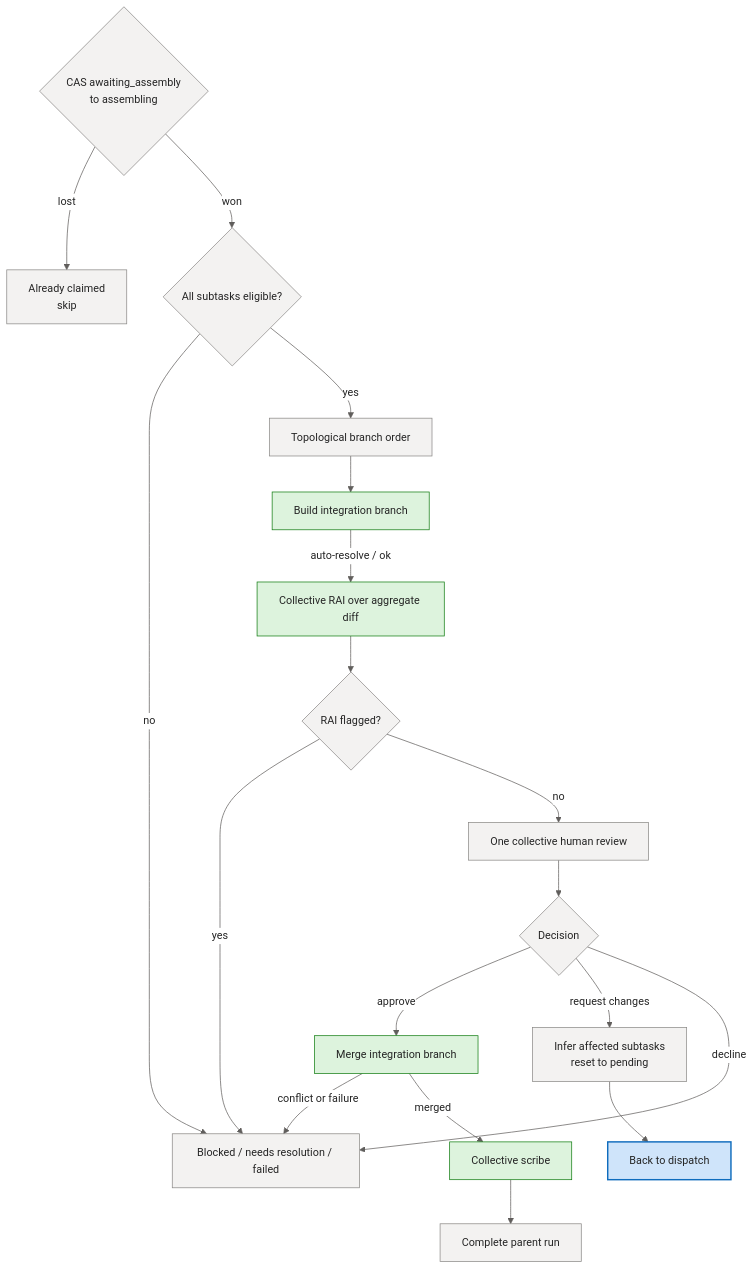
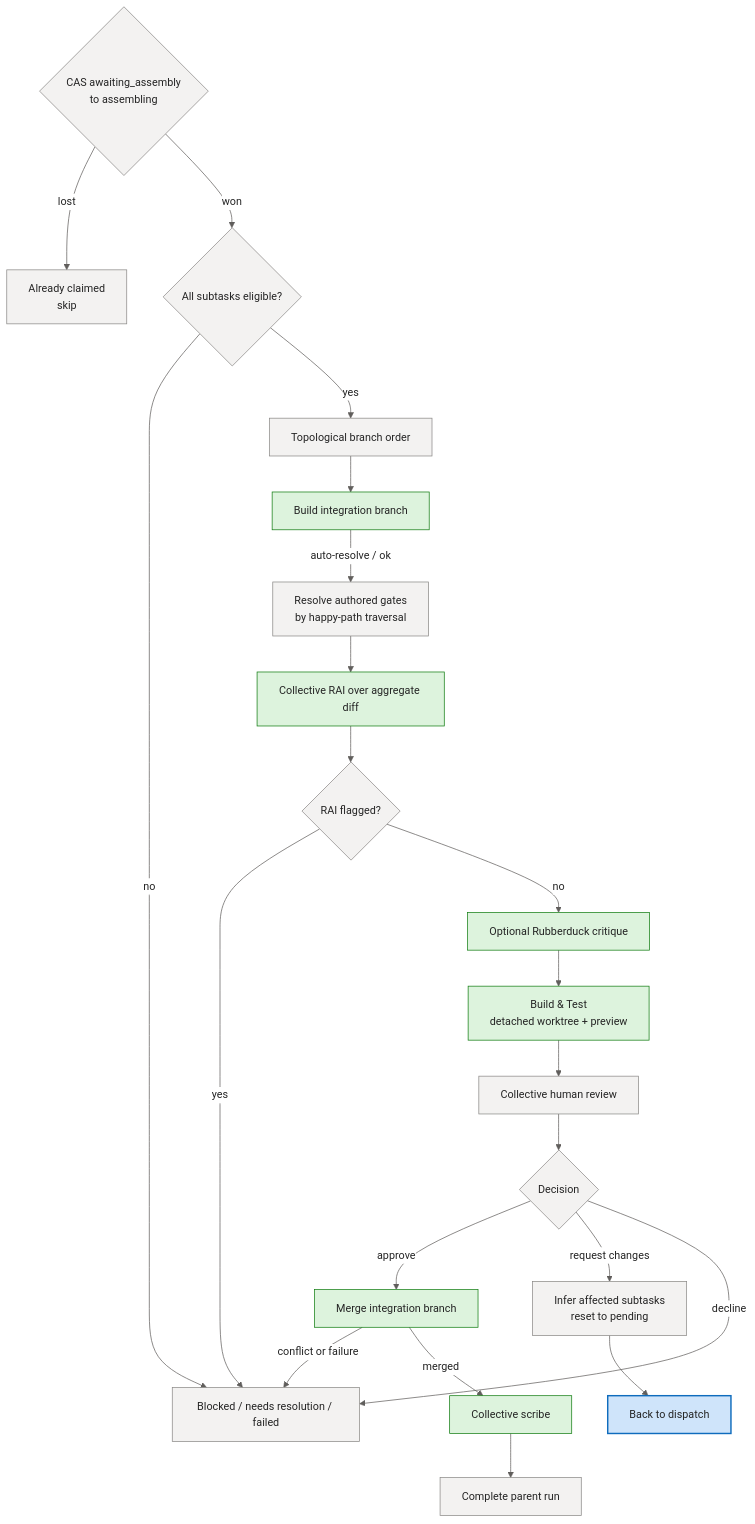
One commit to sabbour/agentweaver changed the fifth of 5 diagrams in docs/deep-dive/coordinator-internals.md. Above: the diagram before and after it, drawn with Mermaid. The commit also changed other lines of this file and 25 other files, not shown here.

First line of the commit message:
fix(preview-path): git in API image, RAI-before-BuildTest gate ordering, run-tree review/preview UX

````diff
--- a/docs/deep-dive/coordinator-internals.md
+++ b/docs/deep-dive/coordinator-internals.md
@@ -436,44 +436,49 @@
 ```mermaid
 %%{init: {'theme':'base','themeVariables':{'fontFamily':'Segoe UI, system-ui, -apple-system, sans-serif','fontSize':'15px','primaryColor':'#E8EEF9','primaryBorderColor':'#0F6CBD','primaryTextColor':'#242424','lineColor':'#605E5C','clusterBkg':'#FAF9F8','clusterBorder':'#D2D0CE','edgeLabelBackground':'#FFFFFF'}}}%%
 flowchart TD
     Claim{CAS awaiting_assembly<br/>to assembling}
     Eligible{All subtasks eligible?}
     Order[Topological branch order]
     Integration[Build integration branch]
+    GateOrder[Resolve authored gates
+by happy-path traversal]
     Rai[Collective RAI over aggregate diff]
     RaiFlag{RAI flagged?}
-    Review[One collective human review]
+    Rubberduck[Optional Rubberduck critique]
+    BuildTest[Build & Test
+detached worktree + preview]
+    Review[Collective human review]
     Decision{Decision}
     Merge[Merge integration branch]
     Scribe[Collective scribe]
     Complete[Complete parent run]
     RequestChanges[Infer affected subtasks<br/>reset to pending]
     AlreadyClaimed[Already claimed<br/>skip]
     Blocked[Blocked / needs resolution / failed]
 
     Claim -- lost --> AlreadyClaimed
     Claim -- won --> Eligible
     Eligible -- no --> Blocked
     Eligible -- yes --> Order --> Integration
-    Integration -- auto-resolve / ok --> Rai --> RaiFlag
+    Integration -- auto-resolve / ok --> GateOrder --> Rai --> RaiFlag
     RaiFlag -- yes --> Blocked
-    RaiFlag -- no --> Review --> Decision
+    RaiFlag -- no --> Rubberduck --> BuildTest --> Review --> Decision
     Decision -- approve --> Merge
     Decision -- request changes --> RequestChanges
     Decision -- decline --> Blocked
     Merge -- conflict or failure --> Blocked
     Merge -- merged --> Scribe --> Complete
     RequestChanges --> Dispatching[Back to dispatch]
 
     classDef client fill:#E8EEF9,stroke:#0F6CBD,stroke-width:1px,color:#242424;
     classDef svc fill:#F3F2F1,stroke:#8A8886,stroke-width:1px,color:#242424;
     classDef core fill:#CFE4FA,stroke:#0F6CBD,stroke-width:2px,color:#242424;
     classDef data fill:#FFF4CE,stroke:#C19C00,stroke-width:1px,color:#242424;
     classDef ext fill:#F0E8F8,stroke:#8764B8,stroke-width:1px,color:#242424;
     classDef runtime fill:#DDF3DD,stroke:#107C10,stroke-width:1px,color:#242424;
     classDef evt fill:#D6F0F0,stroke:#038387,stroke-width:1px,color:#242424;
 
-    class Claim,Eligible,Order,RaiFlag,Review,Decision,Complete,RequestChanges,AlreadyClaimed,Blocked svc;
-    class Integration,Rai,Merge,Scribe runtime;
+    class Claim,Eligible,Order,GateOrder,RaiFlag,Review,Decision,Complete,RequestChanges,AlreadyClaimed,Blocked svc;
+    class Integration,Rai,Rubberduck,BuildTest,Merge,Scribe runtime;
     class Dispatching core;
 ```
````
